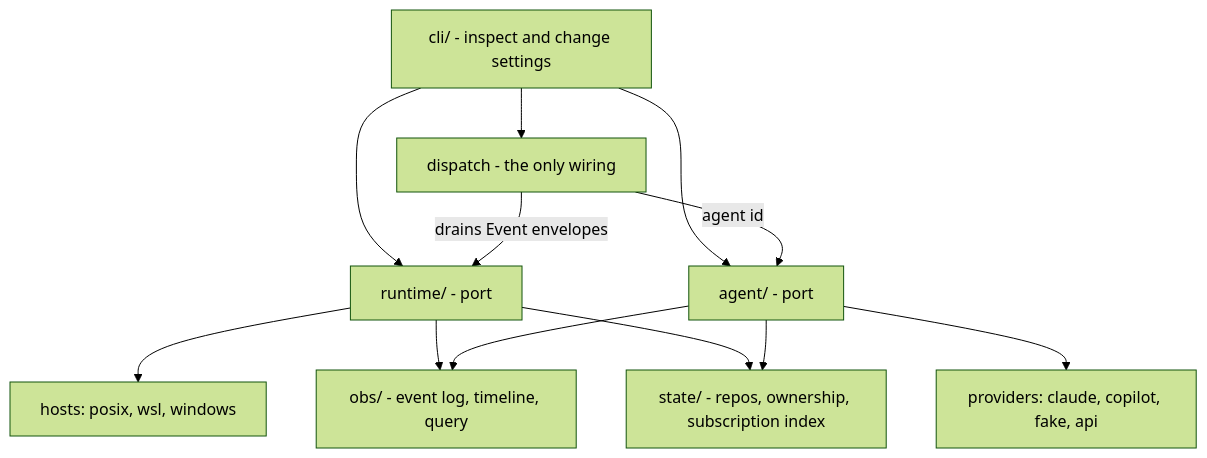
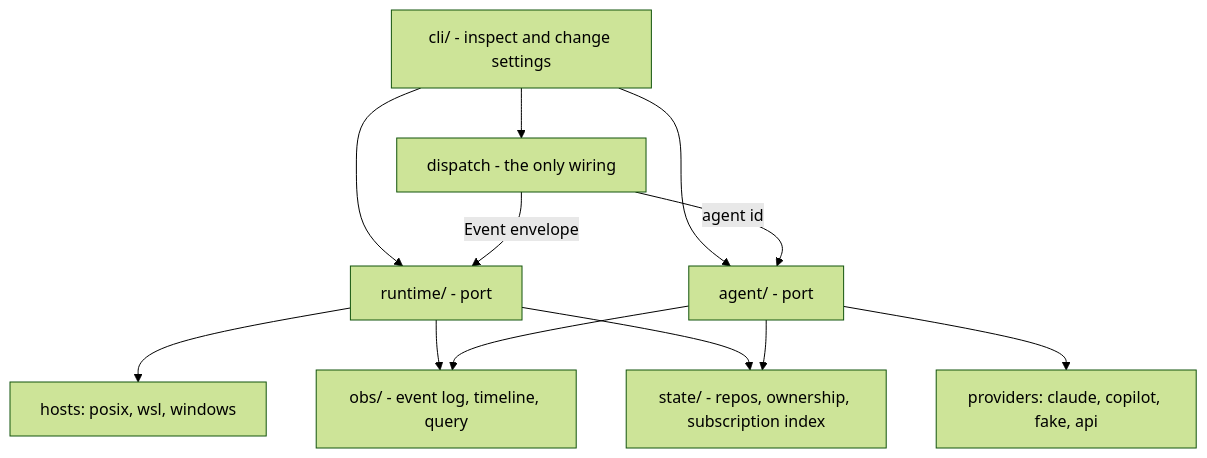
Before and after one commit to johnshew/agents-live: the diagram in docs/refactoring-runtime-and-agent-seams.md, drawn with Mermaid (forest theme). The commit also changed other lines of this file, not shown here.

````diff
--- a/docs/refactoring-runtime-and-agent-seams.md
+++ b/docs/refactoring-runtime-and-agent-seams.md
@@ -118,14 +123,14 @@
 ```mermaid
 graph TD
     CLI[cli/ - inspect and change settings] --> RT[runtime/ - port]
     CLI --> AG[agent/ - port]
     RT --> HOSTS[hosts: posix, wsl, windows]
     AG --> PROV[providers: claude, copilot, fake, api]
     CLI --> DISP[dispatch - the only wiring]
-    DISP -->|drains Event envelopes| RT
+    DISP -->|Event envelope| RT
     DISP -->|agent id| AG
     RT --> OBS[obs/ - event log, timeline, query]
     AG --> OBS
     RT --> ST[state/ - repos, ownership, subscription index]
     AG --> ST
 ```
````
